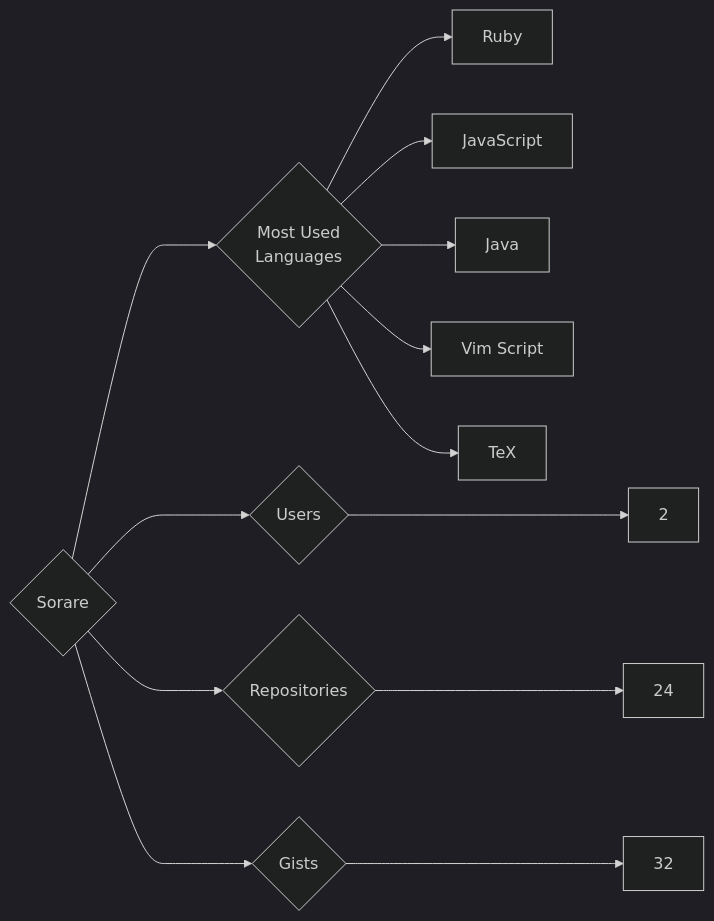
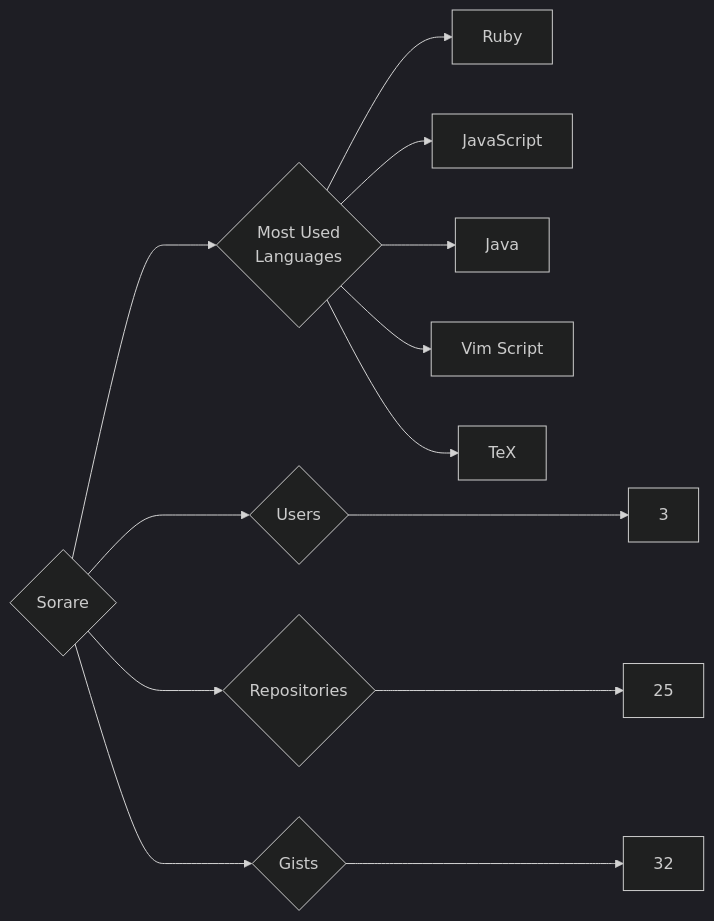
Before and after one commit to trickest/insiders: the diagram in targets/Sorare/README.md, drawn with Mermaid (dark theme). The commit also changed 815 other files, not shown here.

````diff
--- a/targets/Sorare/README.md
+++ b/targets/Sorare/README.md
@@ -3,13 +3,13 @@
 ```mermaid
 graph LR
 COMPANY_NAME{Sorare}
-COMPANY_NAME ---> U{Users} ---> UN[2]
-COMPANY_NAME ---> R{Repositories} ---> RN[24]
+COMPANY_NAME ---> U{Users} ---> UN[3]
+COMPANY_NAME ---> R{Repositories} ---> RN[25]
 COMPANY_NAME ---> G{Gists} ---> GN[32]
 COMPANY_NAME ---> ML{Most Used<br>Languages}
 ML --> Ruby[Ruby]
 ML --> JavaScript[JavaScript]
 ML --> Java[Java]
 ML --> Vim_Script[Vim Script]
 ML --> TeX[TeX]
 ```
````
